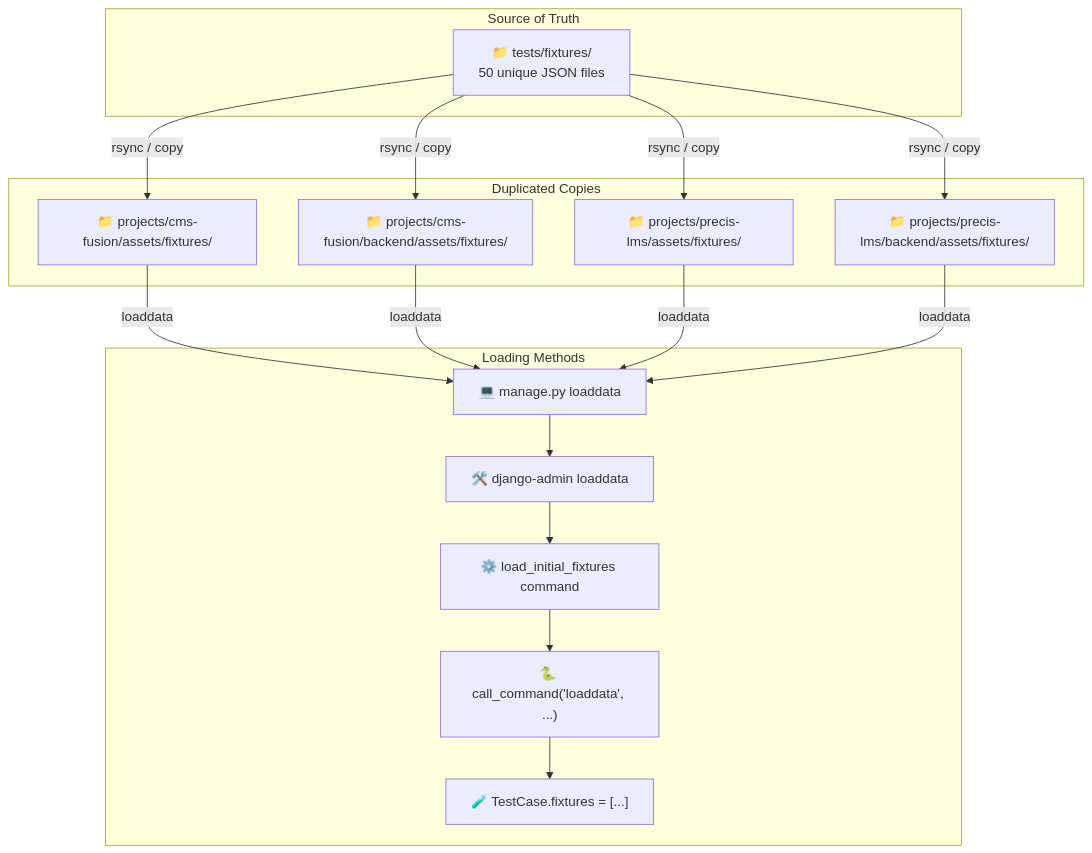
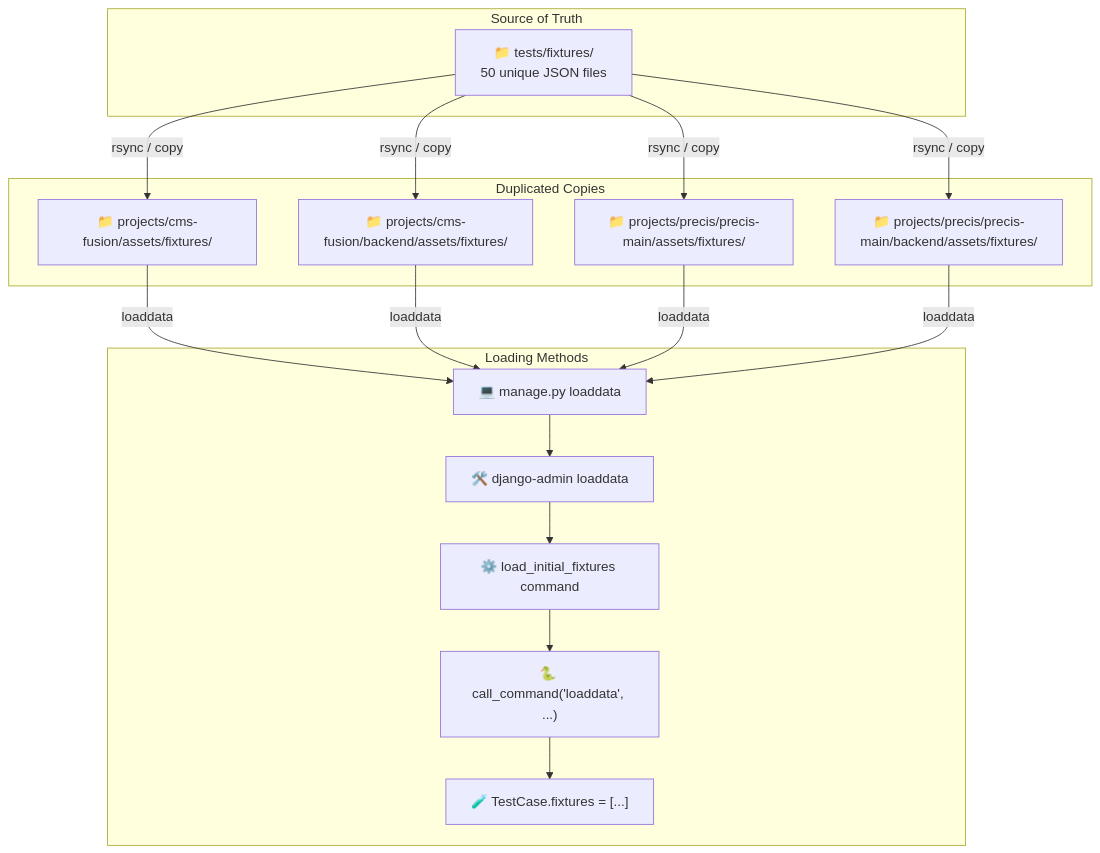
Before and after one commit to mammhoud/django-fusion: the first of 4 diagrams in docs/fixtures/pipeline-diagram.md, drawn with Mermaid. The commit also changed 2864 other files, not shown here.

````diff
--- a/docs/fixtures/pipeline-diagram.md
+++ b/docs/fixtures/pipeline-diagram.md
@@ -10,37 +10,37 @@
 ```mermaid
 graph TB
     subgraph "Source of Truth"
         FIXTURES["📁 tests/fixtures/
         50 unique JSON files"]
     end
 
     subgraph "Duplicated Copies"
         CMS_COPY["📁 projects/cms-fusion/assets/fixtures/"]
         CMS_BACKEND["📁 projects/cms-fusion/backend/assets/fixtures/"]
-        LMS_COPY["📁 projects/precis-lms/assets/fixtures/"]
-        LMS_BACKEND["📁 projects/precis-lms/backend/assets/fixtures/"]
+        LMS_COPY["📁 projects/precis/precis-main/assets/fixtures/"]
+        LMS_BACKEND["📁 projects/precis/precis-main/backend/assets/fixtures/"]
     end
 
     subgraph "Loading Methods"
         CLI["💻 manage.py loaddata"]
         CMD["🛠️ django-admin loaddata"]
         MGMT["⚙️ load_initial_fixtures command"]
         PYTHON["🐍 call_command('loaddata', ...)"]
         TEST["🧪 TestCase.fixtures = [...]"]
     end
 
     FIXTURES -->|rsync / copy| CMS_COPY
     FIXTURES -->|rsync / copy| CMS_BACKEND
     FIXTURES -->|rsync / copy| LMS_COPY
     FIXTURES -->|rsync / copy| LMS_BACKEND
 
     CMS_COPY -->|loaddata| CLI
     CMS_BACKEND -->|loaddata| CLI
     LMS_COPY -->|loaddata| CLI
     LMS_BACKEND -->|loaddata| CLI
 
     CLI --> CMD
     CMD --> MGMT
     MGMT --> PYTHON
     PYTHON --> TEST
 ```
````
